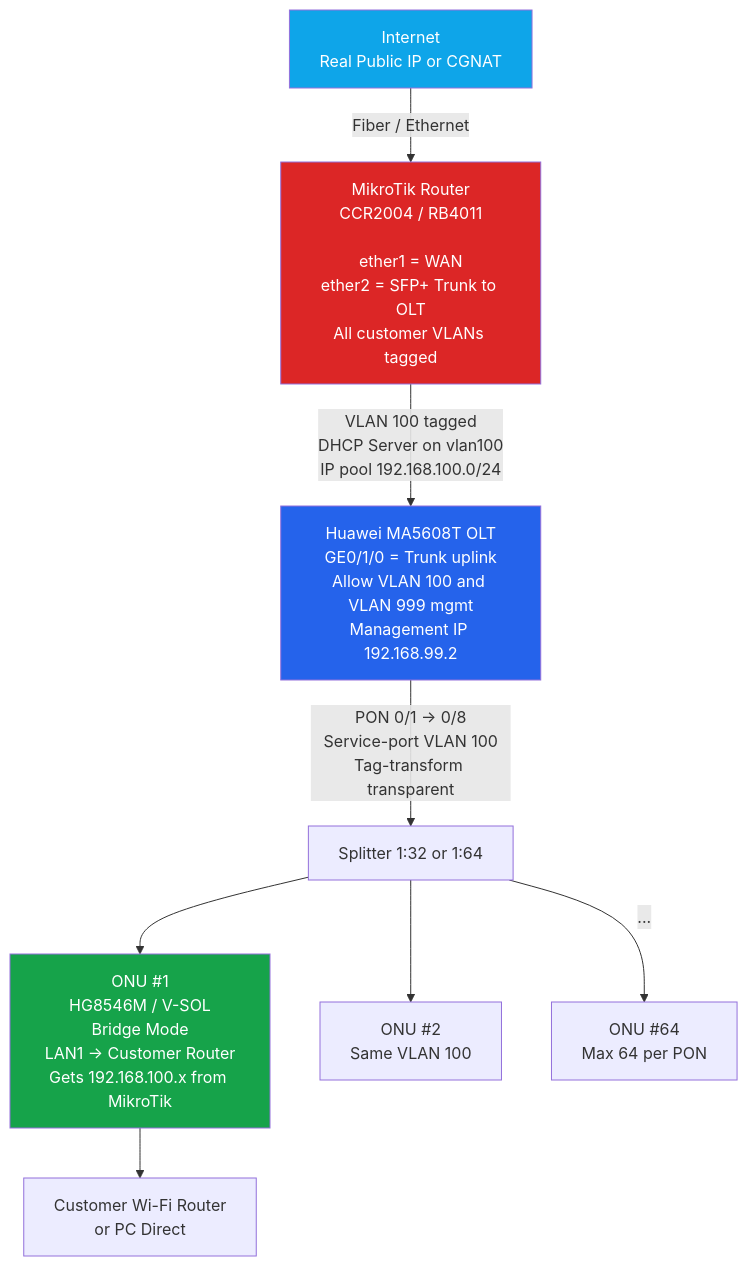
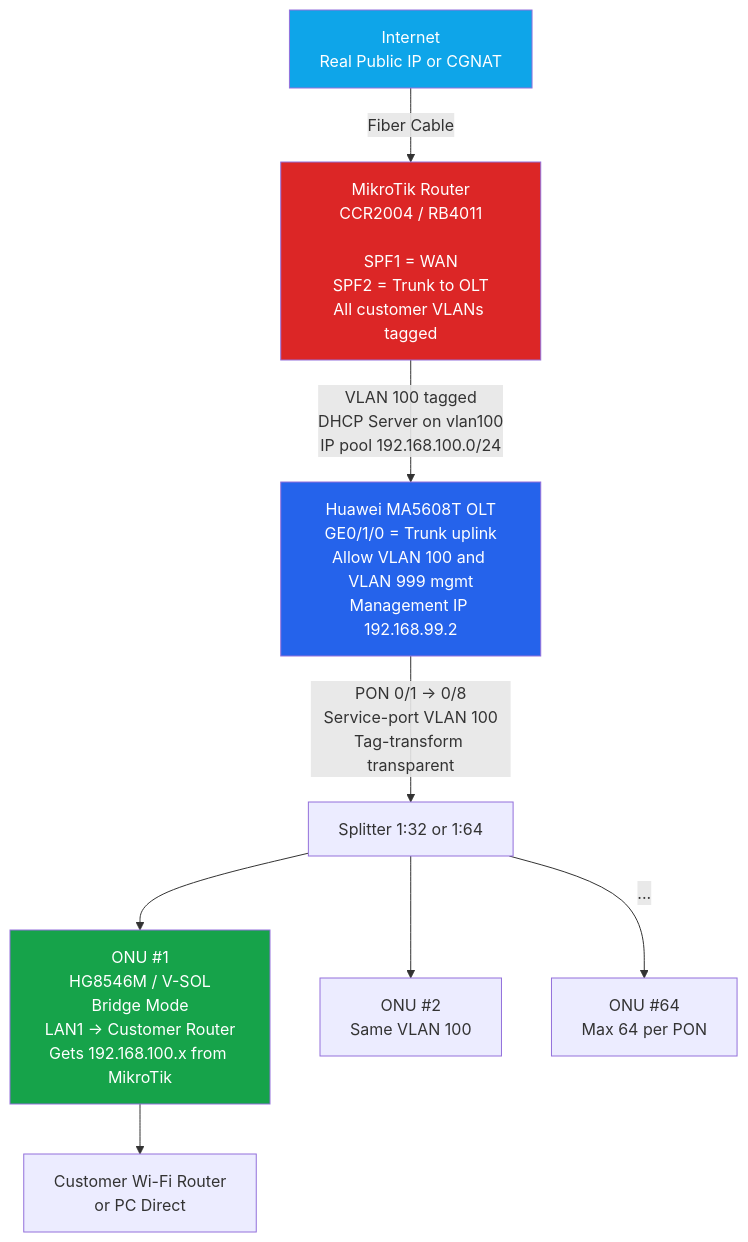
The diagram in README.md (kaoheng1515/mikrotik-olt-onu-configure), drawn with Mermaid before and after one commit.

````diff
--- a/README.md
+++ b/README.md
@@ -16,19 +16,19 @@
 ```mermaid
  flowchart TD
-    Internet[Internet<br>Real Public IP or CGNAT] -->|Fiber / Ethernet| MK[MikroTik Router<br>CCR2004 / RB4011<br><br>ether1 = WAN<br>ether2 = SFP+ Trunk to OLT<br>All customer VLANs tagged]
+    Internet[Internet<br>Real Public IP or CGNAT] -->|Fiber Cable| MK[MikroTik Router<br>CCR2004 / RB4011<br><br>SPF1 = WAN<br>SPF2 = Trunk to OLT<br>All customer VLANs tagged]
     
     MK -->|VLAN 100 tagged<br>DHCP Server on vlan100<br>IP pool 192.168.100.0/24| OLT[Huawei MA5608T OLT<br>GE0/1/0 = Trunk uplink<br>Allow VLAN 100 and VLAN 999 mgmt<br>Management IP 192.168.99.2]
     
     OLT -->|PON 0/1 -> 0/8<br>Service-port VLAN 100<br>Tag-transform transparent| SPL[Splitter 1:32 or 1:64]
     
     SPL --> ONU1[ONU #1<br>HG8546M / V-SOL<br>Bridge Mode<br>LAN1 -> Customer Router<br>Gets 192.168.100.x from MikroTik]
     SPL --> ONU2[ONU #2<br>Same VLAN 100]
     SPL -->|...| ONU64[ONU #64<br>Max 64 per PON]
     
     ONU1 --> Customer1[Customer Wi-Fi Router<br>or PC Direct]
 
     style MK fill:#dc2626,color:white
     style OLT fill:#2563eb,color:white
     style ONU1 fill:#16a34a,color:white
     style Internet fill:#0ea5e9,color:white
 ```
````
